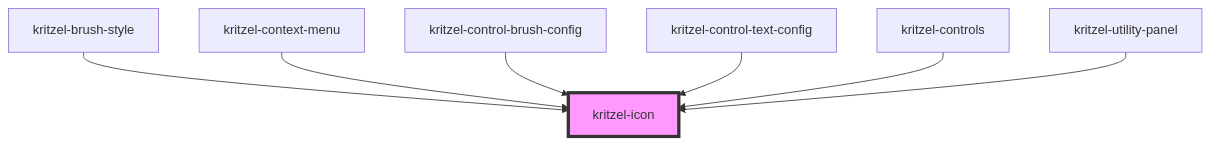
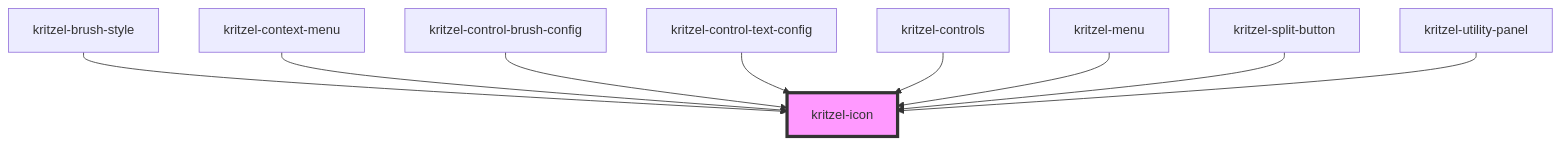
Before and after one commit to kasual1/kritzel: the diagram in libs/kritzel-stencil/src/components/shared/kritzel-icon/readme.md, drawn with Mermaid. The commit also changed other lines of this file and 20 other files, not shown here.

````diff
--- a/libs/kritzel-stencil/src/components/shared/kritzel-icon/readme.md
+++ b/libs/kritzel-stencil/src/components/shared/kritzel-icon/readme.md
@@ -29,10 +31,12 @@
 ```mermaid
 graph TD;
   kritzel-brush-style --> kritzel-icon
   kritzel-context-menu --> kritzel-icon
   kritzel-control-brush-config --> kritzel-icon
   kritzel-control-text-config --> kritzel-icon
   kritzel-controls --> kritzel-icon
+  kritzel-menu --> kritzel-icon
+  kritzel-split-button --> kritzel-icon
   kritzel-utility-panel --> kritzel-icon
   style kritzel-icon fill:#f9f,stroke:#333,stroke-width:4px
 ```
````
